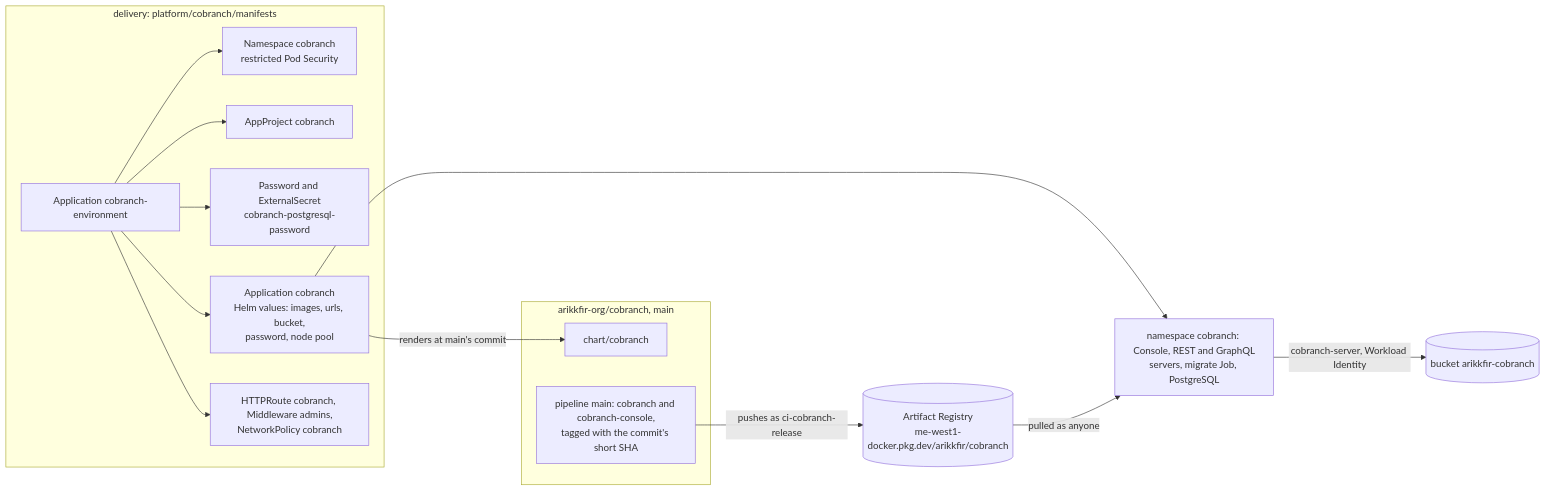
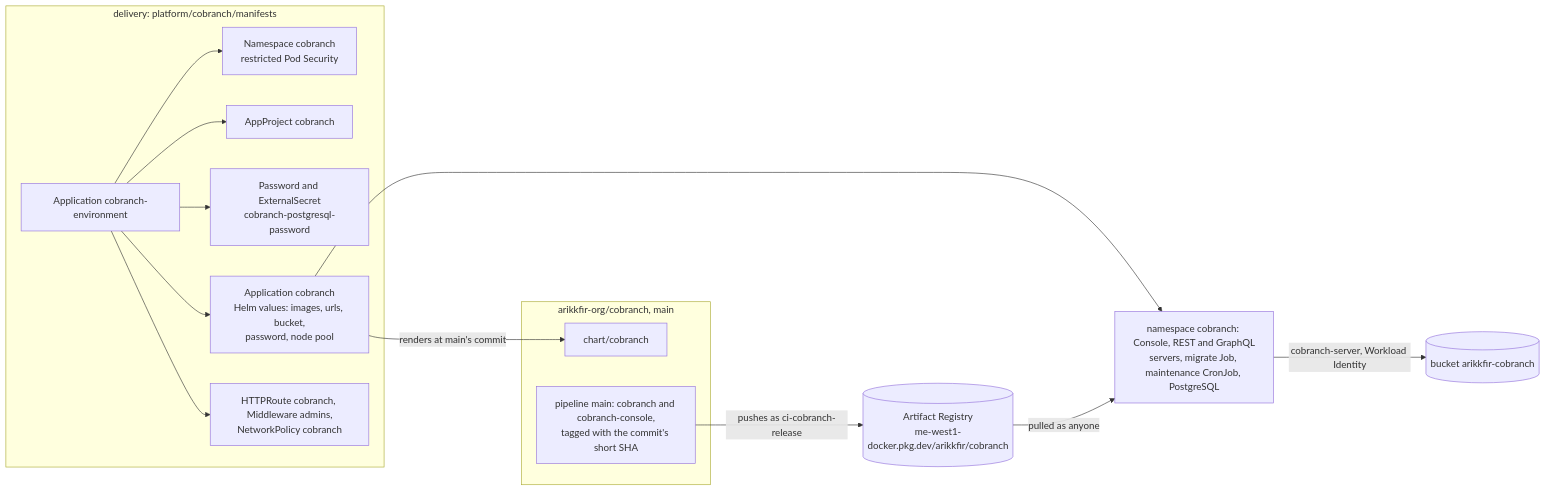
The first of 2 diagrams in docs/delivery/designs/cobranch.md (arikkfir-org/delivery), drawn with Mermaid before and after one commit. The commit also changed other lines of this file and 6 other files, not shown here.

First line of the commit message:
feat(cobranch): admit the chart's maintenance CronJob to the demo and previews

````diff
--- a/docs/delivery/designs/cobranch.md
+++ b/docs/delivery/designs/cobranch.md
@@ -13,19 +13,19 @@
 ```mermaid
 flowchart LR
   subgraph cobranchrepo["arikkfir-org/cobranch, main"]
     Chart["chart/cobranch"]
     Main["pipeline main: cobranch and cobranch-console,<br/>tagged with the commit's short SHA"]
   end
   subgraph delivery["delivery: platform/cobranch/manifests"]
     Env["Application cobranch-environment"] --> NS["Namespace cobranch<br/>restricted Pod Security"]
     Env --> Project["AppProject cobranch"]
     Env --> Pass["Password and ExternalSecret<br/>cobranch-postgresql-password"]
     Env --> App["Application cobranch<br/>Helm values: images, urls, bucket,<br/>password, node pool"]
     Env --> Gate["HTTPRoute cobranch, Middleware admins,<br/>NetworkPolicy cobranch"]
   end
   Main -- "pushes as ci-cobranch-release" --> Reg[("Artifact Registry<br/>me-west1-docker.pkg.dev/arikkfir/cobranch")]
   App -- "renders at main's commit" --> Chart
-  App --> Pods["namespace cobranch: Console, REST and GraphQL<br/>servers, migrate Job, PostgreSQL"]
+  App --> Pods["namespace cobranch: Console, REST and GraphQL<br/>servers, migrate Job, maintenance CronJob, PostgreSQL"]
   Reg -- "pulled as anyone" --> Pods
   Pods -- "cobranch-server, Workload Identity" --> Bucket[("bucket arikkfir-cobranch")]
 ```
````
